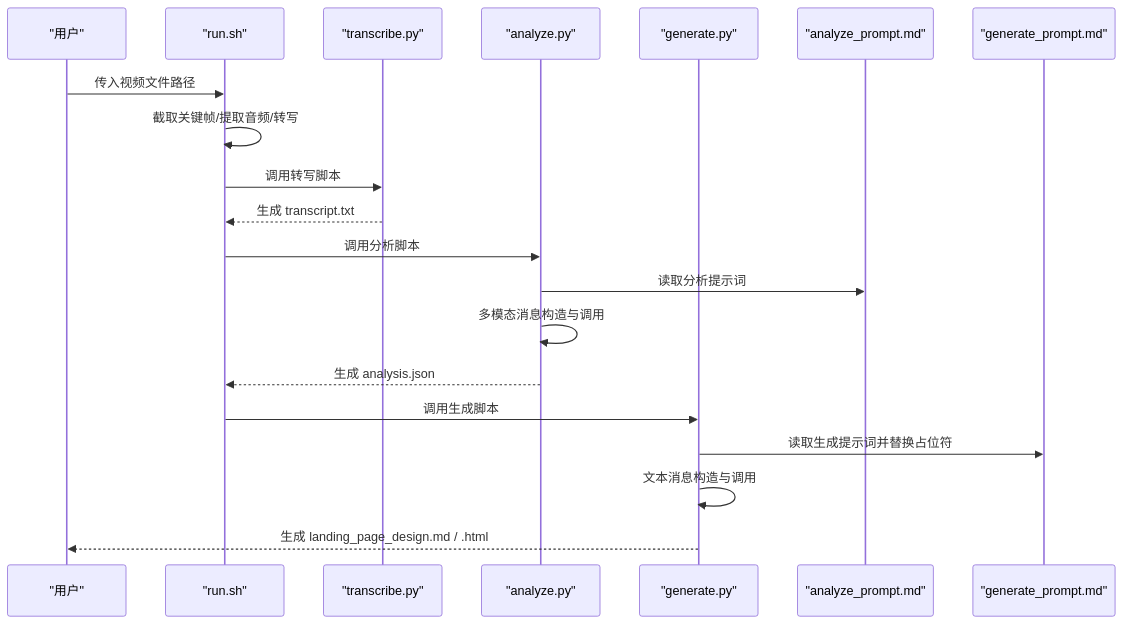
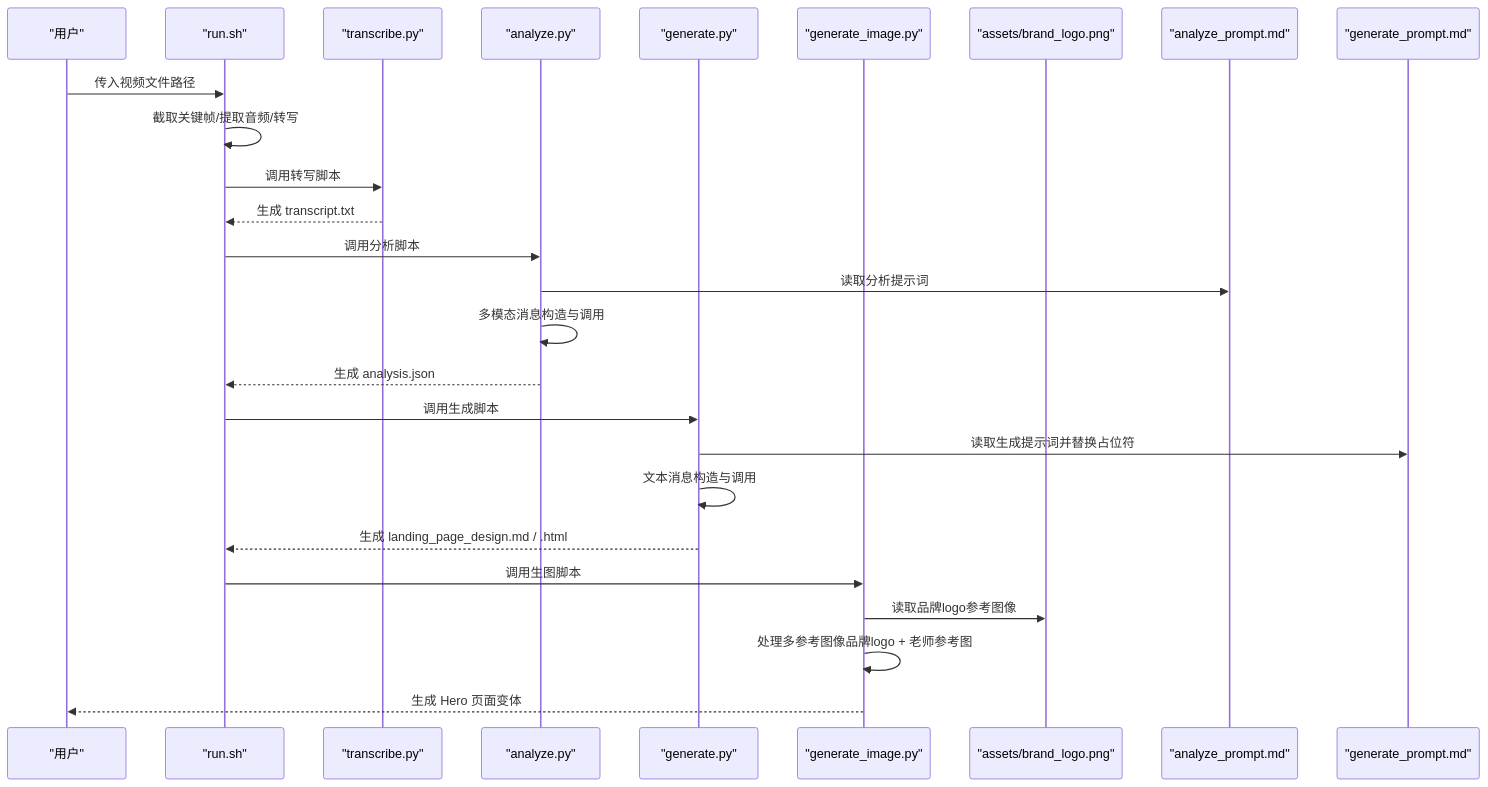
One commit to WongMingJiu/landingpage-test-hero-page changed the second of 6 diagrams in .qoder/repowiki/zh/content/配置和定制/Prompt定制.md. Above: the diagram before and after it, drawn with Mermaid. The commit also changed other lines of this file and 4 other files, not shown here.

First line of the commit message:
feat: 生图输出尺寸改为 750x1125（API 生成 1024x1536 后 Pillow 缩放）

````diff
--- a/.qoder/repowiki/zh/content/配置和定制/Prompt定制.md
+++ b/.qoder/repowiki/zh/content/配置和定制/Prompt定制.md
@@ -123,22 +152,28 @@
 ```mermaid
 sequenceDiagram
 participant U as "用户"
 participant SH as "run.sh"
 participant TR as "transcribe.py"
 participant AN as "analyze.py"
 participant GE as "generate.py"
+participant GI as "generate_image.py"
+participant BR as "assets/brand_logo.png"
 participant P1 as "analyze_prompt.md"
 participant P2 as "generate_prompt.md"
 U->>SH : 传入视频文件路径
 SH->>SH : 截取关键帧/提取音频/转写
 SH->>TR : 调用转写脚本
 TR-->>SH : 生成 transcript.txt
 SH->>AN : 调用分析脚本
 AN->>P1 : 读取分析提示词
 AN->>AN : 多模态消息构造与调用
 AN-->>SH : 生成 analysis.json
 SH->>GE : 调用生成脚本
 GE->>P2 : 读取生成提示词并替换占位符
 GE->>GE : 文本消息构造与调用
-GE-->>U : 生成 landing_page_design.md / .html
+GE-->>SH : 生成 landing_page_design.md / .html
+SH->>GI : 调用生图脚本
+GI->>BR : 读取品牌logo参考图像
+GI->>GI : 处理多参考图像品牌logo + 老师参考图
+GI-->>U : 生成 Hero 页面变体
 ```
````
